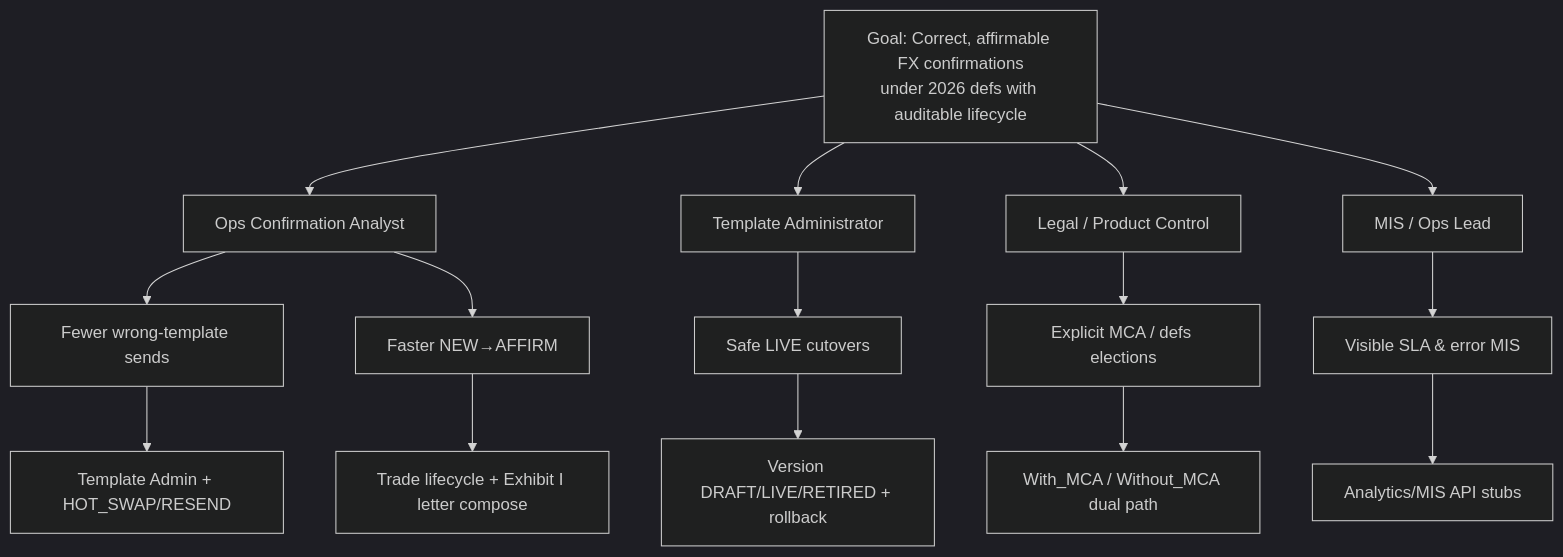
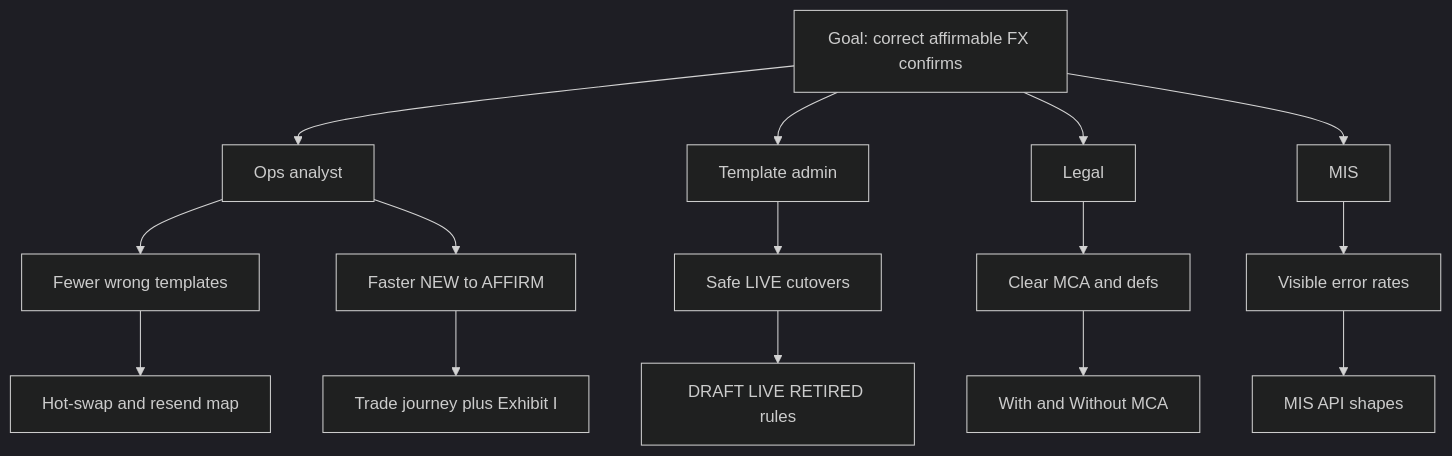
The third of 12 diagrams in docs/prd-cdu-ps-v1.md (dae-nan/con4m8ions), drawn with Mermaid (dark theme) before and after one commit. The commit also changed other lines of this file and 3 other files, not shown here.

First line of the commit message:
PRD v1.2: state diagrams, mermaid fix, LDM reconcile (CON-5)

````diff
--- a/docs/prd-cdu-ps-v1.md
+++ b/docs/prd-cdu-ps-v1.md
@@ -242,20 +234,18 @@
 ```mermaid
 flowchart TD
-  G[Goal: Correct, affirmable FX confirmations<br/>under 2026 defs with auditable lifecycle]
-  G --> A1[Ops Confirmation Analyst]
-  G --> A2[Template Administrator]
-  G --> A3[Legal / Product Control]
-  G --> A4[MIS / Ops Lead]
-
-  A1 --> I1[Fewer wrong-template sends]
-  A1 --> I2[Faster NEW→AFFIRM]
+  G[Goal: correct affirmable FX confirms]
+  G --> A1[Ops analyst]
+  G --> A2[Template admin]
+  G --> A3[Legal]
+  G --> A4[MIS]
+  A1 --> I1[Fewer wrong templates]
+  A1 --> I2[Faster NEW to AFFIRM]
   A2 --> I3[Safe LIVE cutovers]
-  A3 --> I4[Explicit MCA / defs elections]
-  A4 --> I5[Visible SLA & error MIS]
-
-  I1 --> D1[Template Admin + HOT_SWAP/RESEND]
-  I2 --> D2[Trade lifecycle + Exhibit I letter compose]
-  I3 --> D3[Version DRAFT/LIVE/RETIRED + rollback]
-  I4 --> D4[With_MCA / Without_MCA dual path]
-  I5 --> D5[Analytics/MIS API stubs]
+  A3 --> I4[Clear MCA and defs]
+  A4 --> I5[Visible error rates]
+  I1 --> D1[Hot-swap and resend map]
+  I2 --> D2[Trade journey plus Exhibit I]
+  I3 --> D3[DRAFT LIVE RETIRED rules]
+  I4 --> D4[With and Without MCA]
+  I5 --> D5[MIS API shapes]
 ```
````
